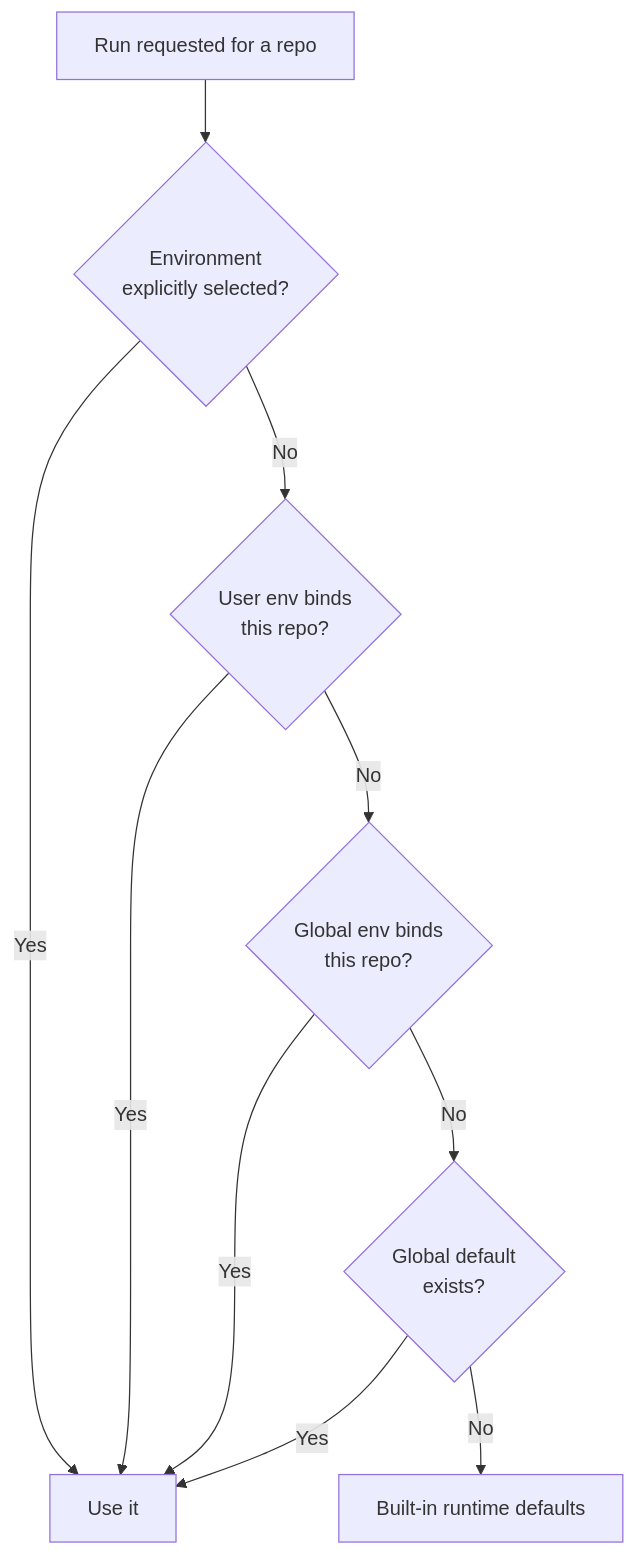
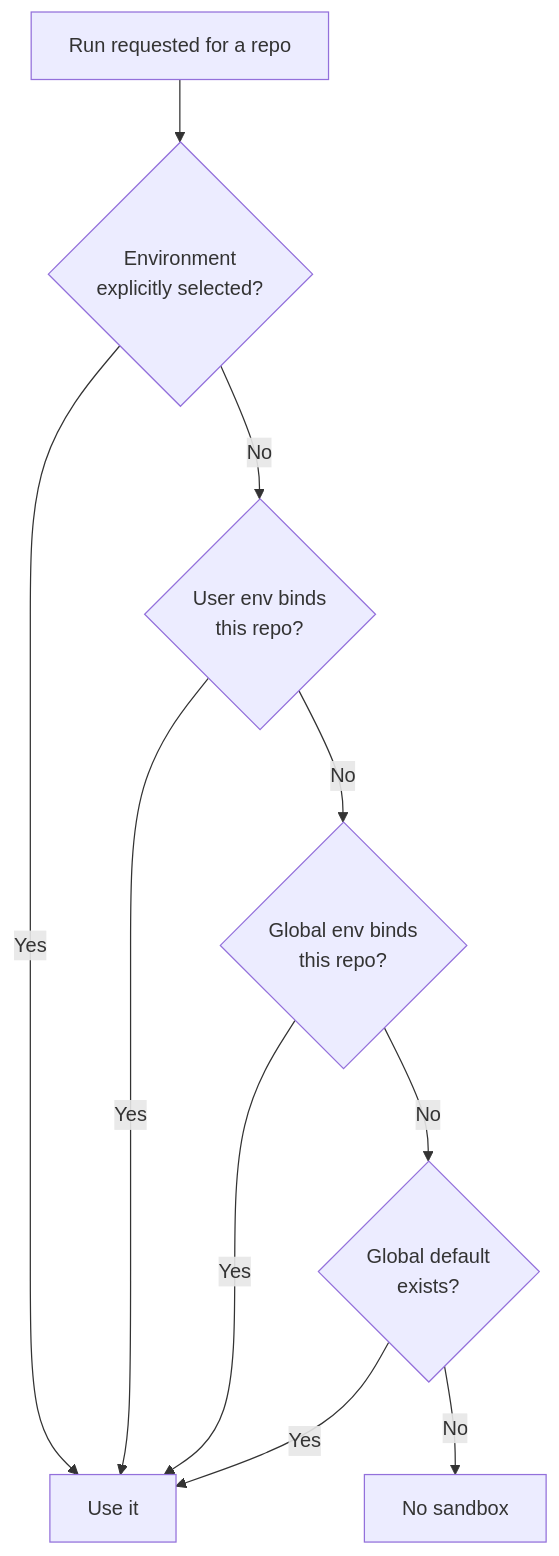
One commit to srtab/daiv changed the diagram in docs/features/sandbox-environments.md. Above: the diagram before and after it, drawn with Mermaid. The commit also changed other lines of this file and 12 other files, not shown here.

````diff
--- a/docs/features/sandbox-environments.md
+++ b/docs/features/sandbox-environments.md
@@ -125,12 +125,12 @@
 ```mermaid
 flowchart TD
     A[Run requested for a repo] --> B{Environment<br/>explicitly selected?}
     B -- Yes --> Z[Use it]
     B -- No --> C{User env binds<br/>this repo?}
     C -- Yes --> Z
     C -- No --> D{Global env binds<br/>this repo?}
     D -- Yes --> Z
     D -- No --> E{Global default<br/>exists?}
     E -- Yes --> Z
-    E -- No --> F[Built-in runtime defaults]
+    E -- No --> F[No sandbox]
 ```
````
